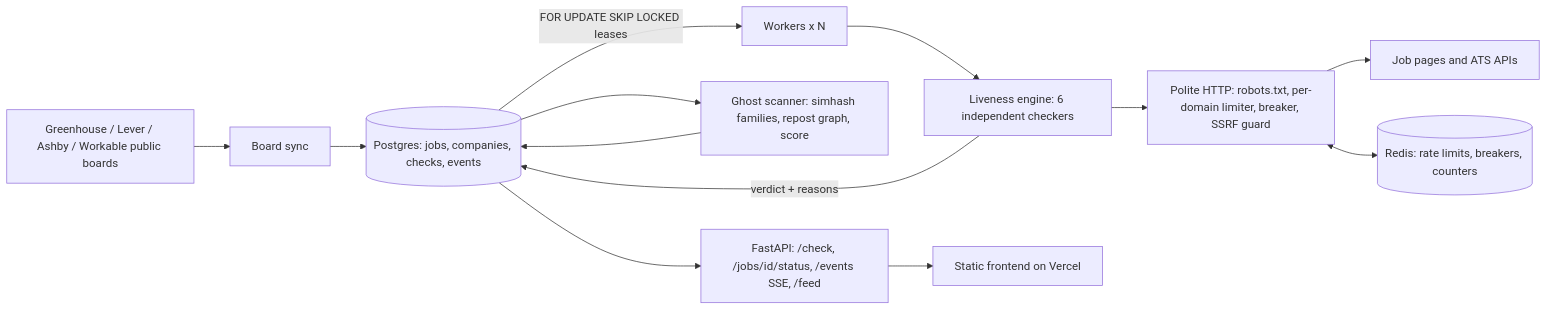
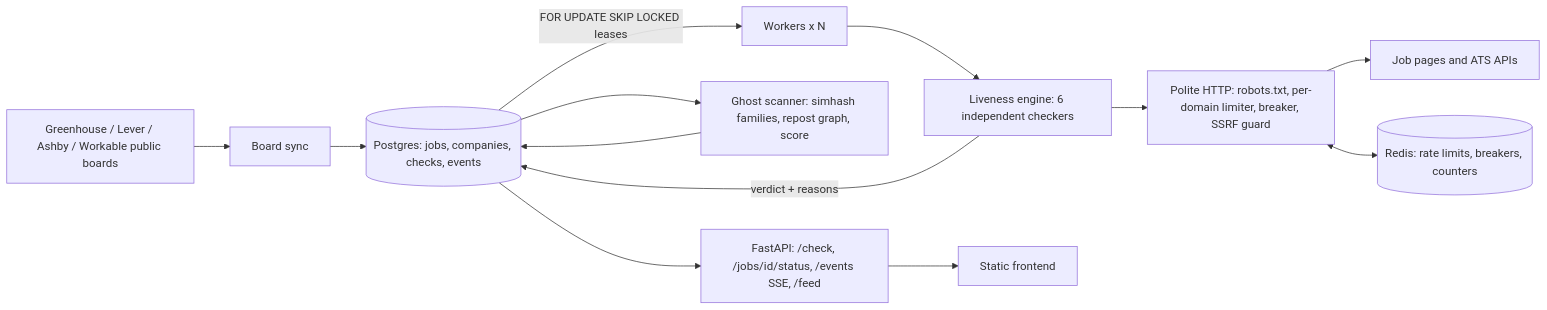
Before and after one commit to Nakshatra-thange/lively: the diagram in README.md, drawn with Mermaid. The commit also changed other lines of this file, not shown here.

````diff
--- a/README.md
+++ b/README.md
@@ -20,15 +59,15 @@
 ```mermaid
 flowchart LR
   ATS["Greenhouse / Lever / Ashby / Workable public boards"] --> SYNC["Board sync"]
   SYNC --> PG[("Postgres: jobs, companies, checks, events")]
   PG -->|"FOR UPDATE SKIP LOCKED leases"| W["Workers x N"]
   W --> ENG["Liveness engine: 6 independent checkers"]
   ENG --> POL["Polite HTTP: robots.txt, per-domain limiter, breaker, SSRF guard"]
   POL --> WEB["Job pages and ATS APIs"]
   POL <--> R[("Redis: rate limits, breakers, counters")]
   ENG -->|"verdict + reasons"| PG
   PG --> G["Ghost scanner: simhash families, repost graph, score"]
   G --> PG
   PG --> API["FastAPI: /check, /jobs/id/status, /events SSE, /feed"]
-  API --> UI["Static frontend on Vercel"]
+  API --> UI["Static frontend"]
 ```
````
